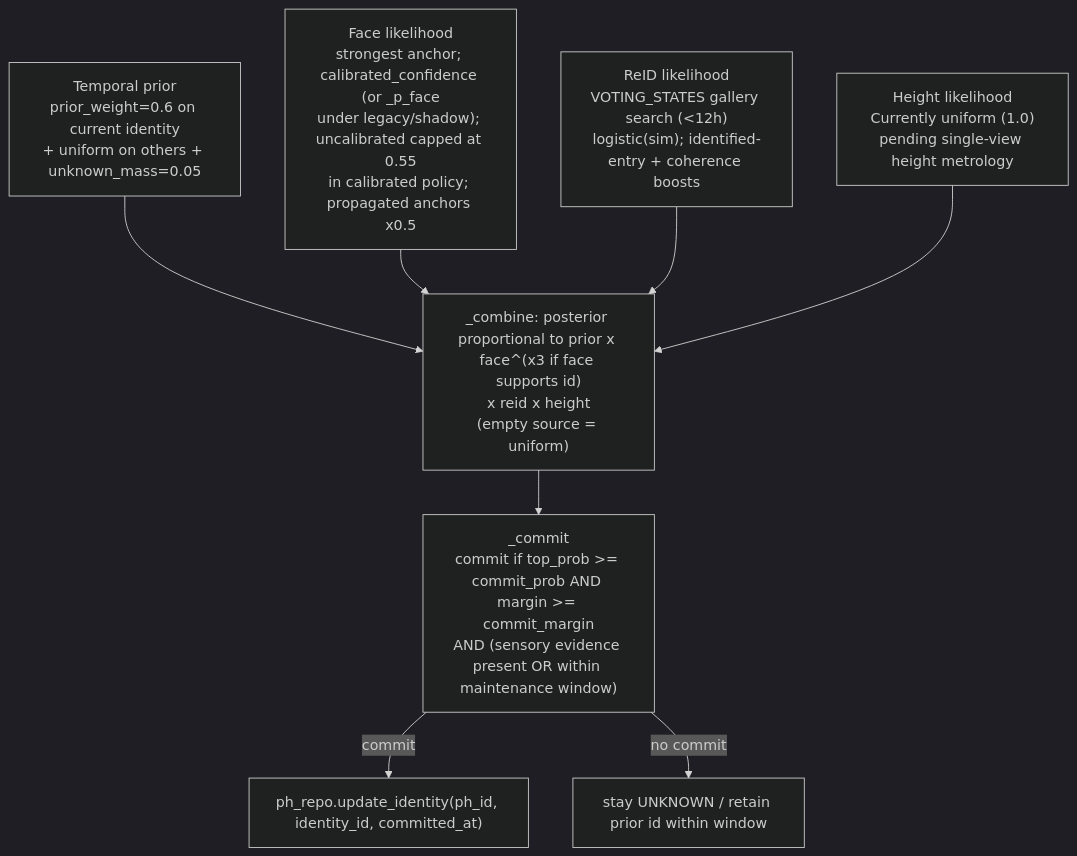
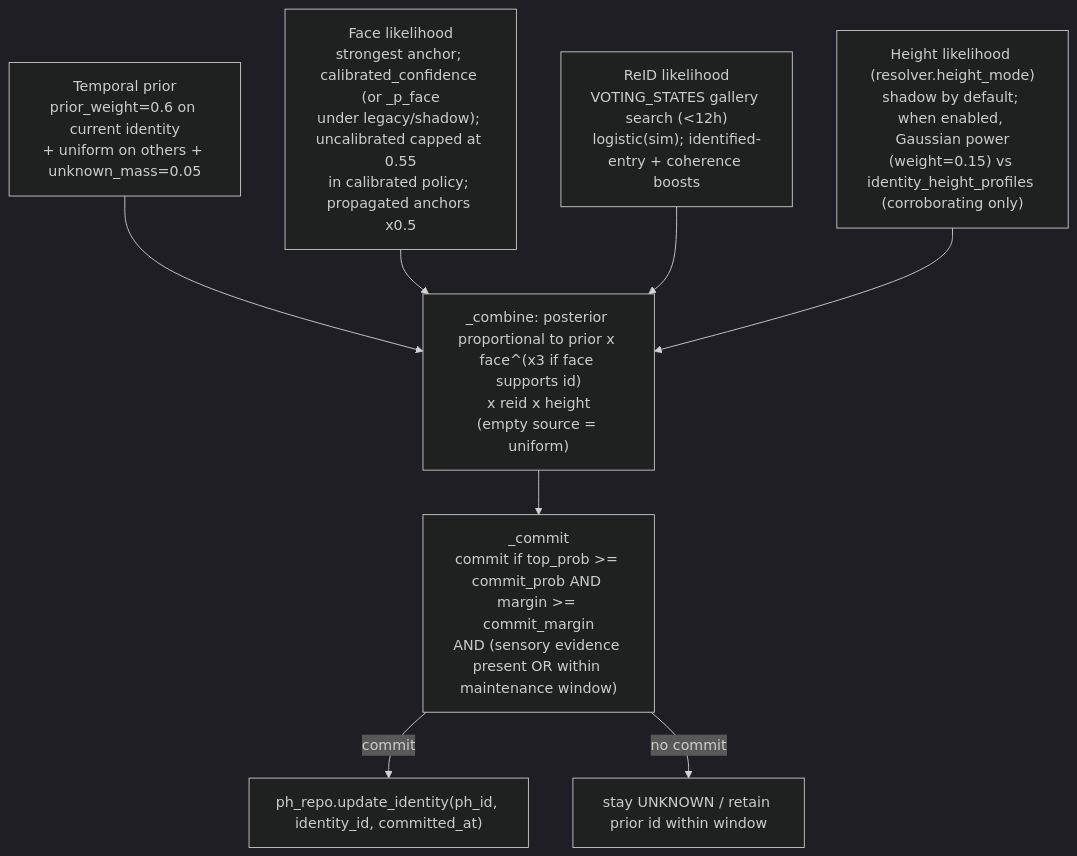
Before and after one commit to SilverMind-Project/SilverMind-Project.github.io: the fourth of 6 diagrams in docs/features/continuous-tracking/tracking-concepts.md, drawn with Mermaid (dark theme). The commit also changed other lines of this file and 2 other files, not shown here.

Commit message:
docs(cts): document single-view standing height metrology, stage, and resolver channel

````diff
--- a/docs/features/continuous-tracking/tracking-concepts.md
+++ b/docs/features/continuous-tracking/tracking-concepts.md
@@ -252,11 +252,11 @@
 ```mermaid
 flowchart TD
   prior["Temporal prior\nprior_weight=0.6 on current identity\n+ uniform on others + unknown_mass=0.05"] --> comb
   face["Face likelihood\nstrongest anchor; calibrated_confidence (or _p_face\nunder legacy/shadow); uncalibrated capped at 0.55\nin calibrated policy; propagated anchors x0.5"] --> comb
   reid["ReID likelihood\nVOTING_STATES gallery search (<12h)\nlogistic(sim); identified-entry + coherence boosts"] --> comb
-  height["Height likelihood\nCurrently uniform (1.0)\npending single-view height metrology"] --> comb
+  height["Height likelihood (resolver.height_mode)\nshadow by default; when enabled, Gaussian power\n(weight=0.15) vs identity_height_profiles (corroborating only)"] --> comb
   comb["_combine: posterior proportional to prior x face^(x3 if face supports id)\nx reid x height\n(empty source = uniform)"] --> commit
   commit["_commit\ncommit if top_prob >= commit_prob AND margin >= commit_margin\nAND (sensory evidence present OR within maintenance window)"]
   commit -->|commit| set["ph_repo.update_identity(ph_id, identity_id, committed_at)"]
   commit -->|no commit| unknown["stay UNKNOWN / retain prior id within window"]
 ```
````
